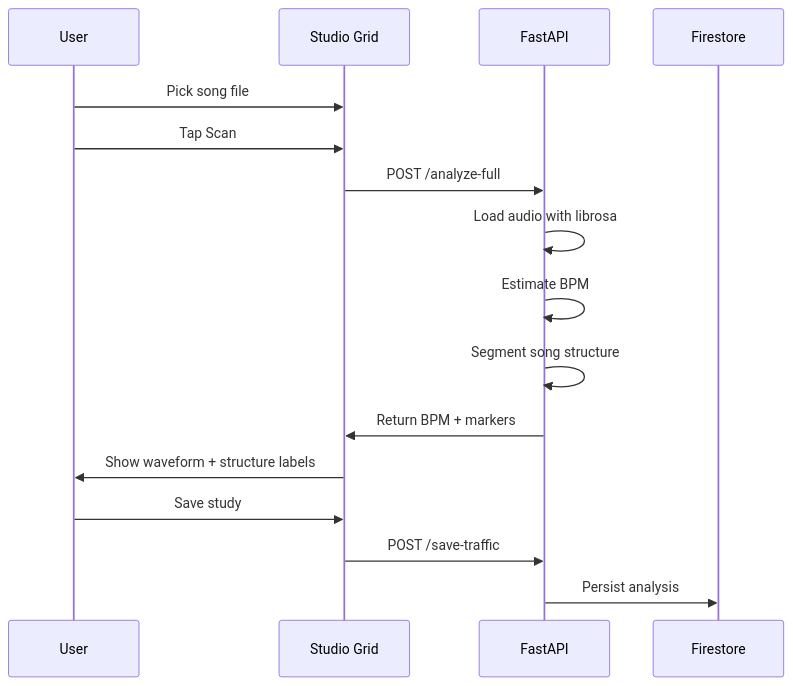
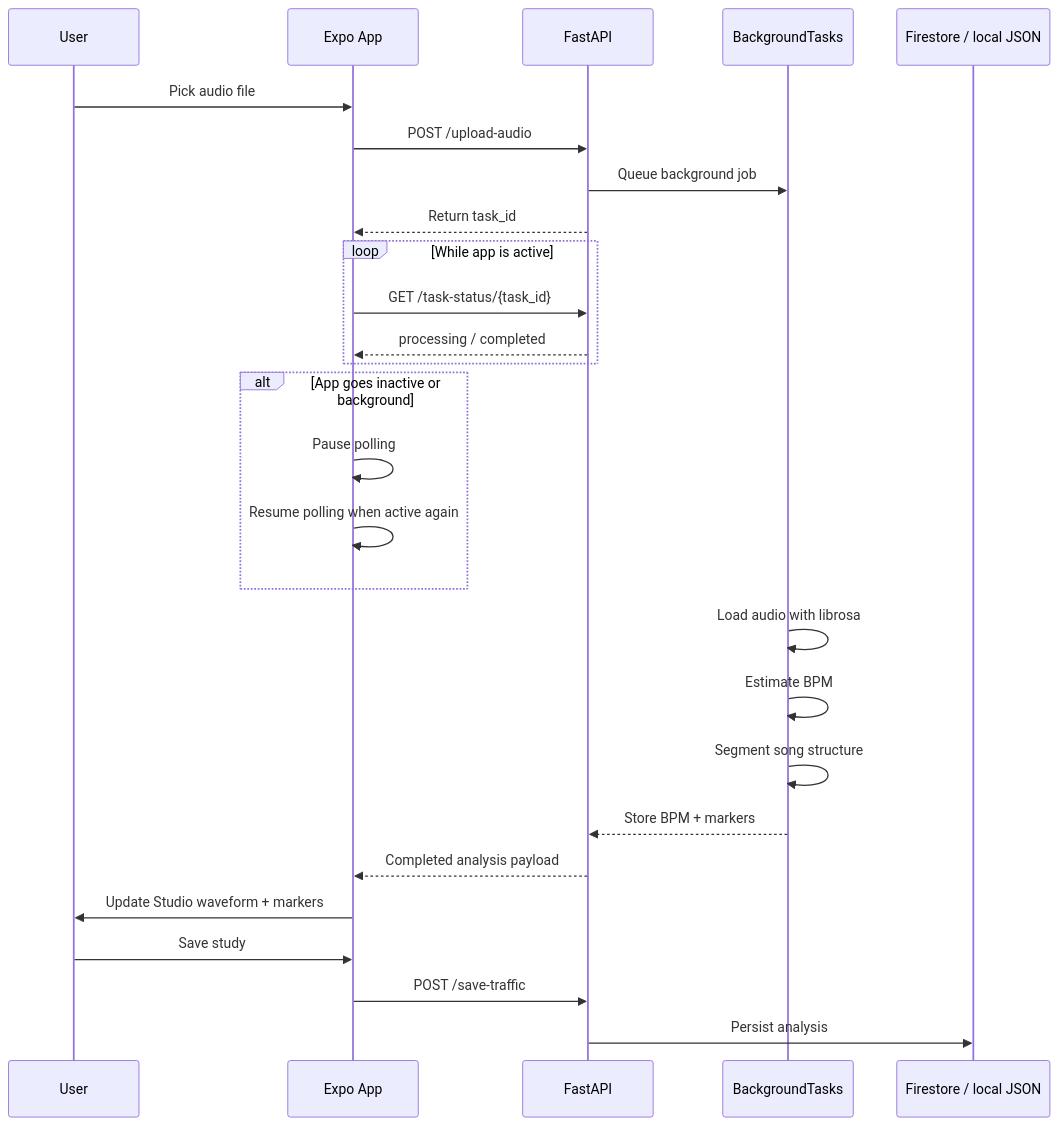
The fourth of 4 diagrams in README.md (Gucera/TuneUp-Shut-the-SOUND-up-), drawn with Mermaid before and after one commit. The commit also changed other lines of this file and 18 other files, not shown here.

````diff
--- a/README.md
+++ b/README.md
@@ -332,19 +355,30 @@
 ```mermaid
 sequenceDiagram
     participant U as User
-    participant A as Studio Grid
+    participant A as Expo App
     participant B as FastAPI
-    participant F as Firestore
+    participant T as BackgroundTasks
+    participant F as Firestore / local JSON
 
-    U->>A: Pick song file
-    U->>A: Tap Scan
-    A->>B: POST /analyze-full
-    B->>B: Load audio with librosa
-    B->>B: Estimate BPM
-    B->>B: Segment song structure
-    B->>A: Return BPM + markers
-    A->>U: Show waveform + structure labels
+    U->>A: Pick audio file
+    A->>B: POST /upload-audio
+    B->>T: Queue background job
+    B-->>A: Return task_id
+    loop While app is active
+        A->>B: GET /task-status/{task_id}
+        B-->>A: processing / completed
+    end
+    alt App goes inactive or background
+        A->>A: Pause polling
+        A->>A: Resume polling when active again
+    end
+    T->>T: Load audio with librosa
+    T->>T: Estimate BPM
+    T->>T: Segment song structure
+    T-->>B: Store BPM + markers
+    B-->>A: Completed analysis payload
+    A->>U: Update Studio waveform + markers
     U->>A: Save study
     A->>B: POST /save-traffic
     B->>F: Persist analysis
 ```
````
